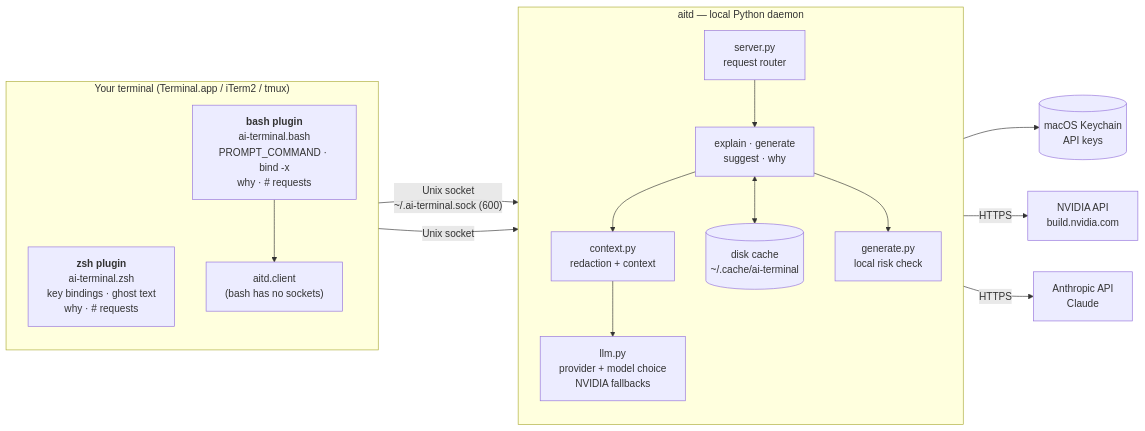
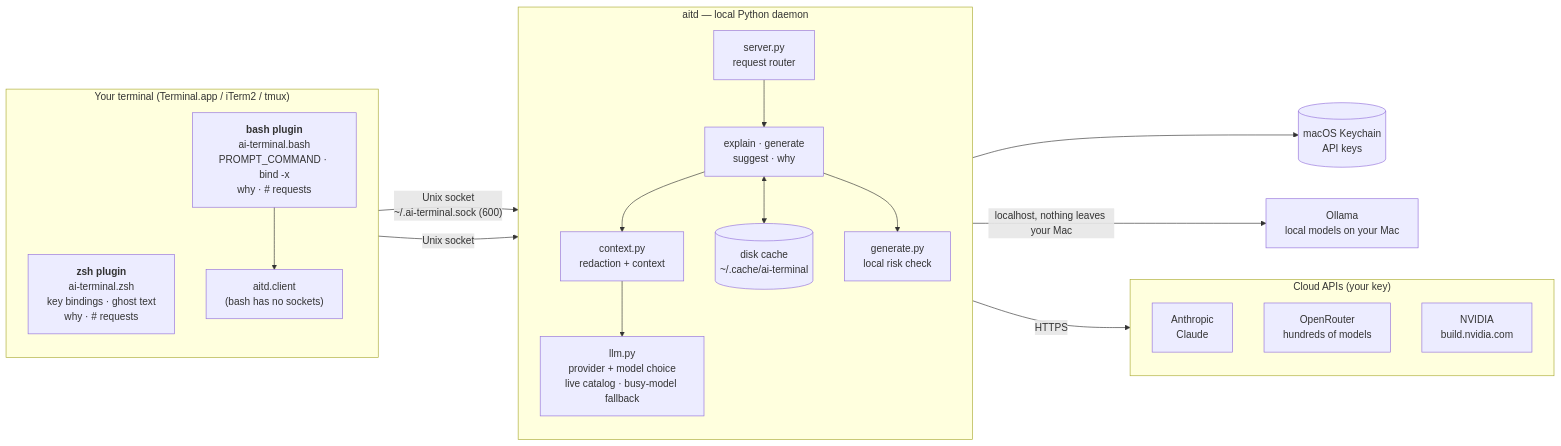
One commit to thejunghare/ai-terminal changed the first of 2 diagrams in README.md. Above: the diagram before and after it, drawn with Mermaid. The commit also changed other lines of this file and 7 other files, not shown here.

First line of the commit message:
Add Ollama (local models) and OpenRouter providers

````diff
--- a/README.md
+++ b/README.md
@@ -218,34 +232,39 @@
 ```mermaid
 flowchart LR
     subgraph shell["Your terminal (Terminal.app / iTerm2 / tmux)"]
         direction TB
         zsh["<b>zsh plugin</b><br/>ai-terminal.zsh<br/>key bindings · ghost text<br/>why · # requests"]
         bash["<b>bash plugin</b><br/>ai-terminal.bash<br/>PROMPT_COMMAND · bind -x<br/>why · # requests"]
         client["aitd.client<br/>(bash has no sockets)"]
         bash --> client
     end
 
     subgraph daemon["aitd — local Python daemon"]
         direction TB
         server["server.py<br/>request router"]
         tasks["explain · generate<br/>suggest · why"]
         guard["context.py<br/>redaction + context"]
         risk["generate.py<br/>local risk check"]
         cache[("disk cache<br/>~/.cache/ai-terminal")]
-        llm["llm.py<br/>provider + model choice<br/>NVIDIA fallbacks"]
+        llm["llm.py<br/>provider + model choice<br/>live catalog · busy-model fallback"]
         server --> tasks
         tasks --> guard --> llm
         tasks <--> cache
         tasks --> risk
     end
 
     keychain[("macOS Keychain<br/>API keys")]
-    nvidia["NVIDIA API<br/>build.nvidia.com"]
-    anthropic["Anthropic API<br/>Claude"]
+    subgraph cloud["Cloud APIs (your key)"]
+        direction TB
+        anthropic["Anthropic<br/>Claude"]
+        openrouter["OpenRouter<br/>hundreds of models"]
+        nvidia["NVIDIA<br/>build.nvidia.com"]
+    end
+    ollama["Ollama<br/>local models on your Mac"]
 
     zsh -- "Unix socket<br/>~/.ai-terminal.sock (600)" --> server
     client -- "Unix socket" --> server
     llm --> keychain
-    llm -- HTTPS --> nvidia
-    llm -- HTTPS --> anthropic
+    llm -- HTTPS --> cloud
+    llm -- "localhost, nothing leaves your Mac" --> ollama
 ```
````
